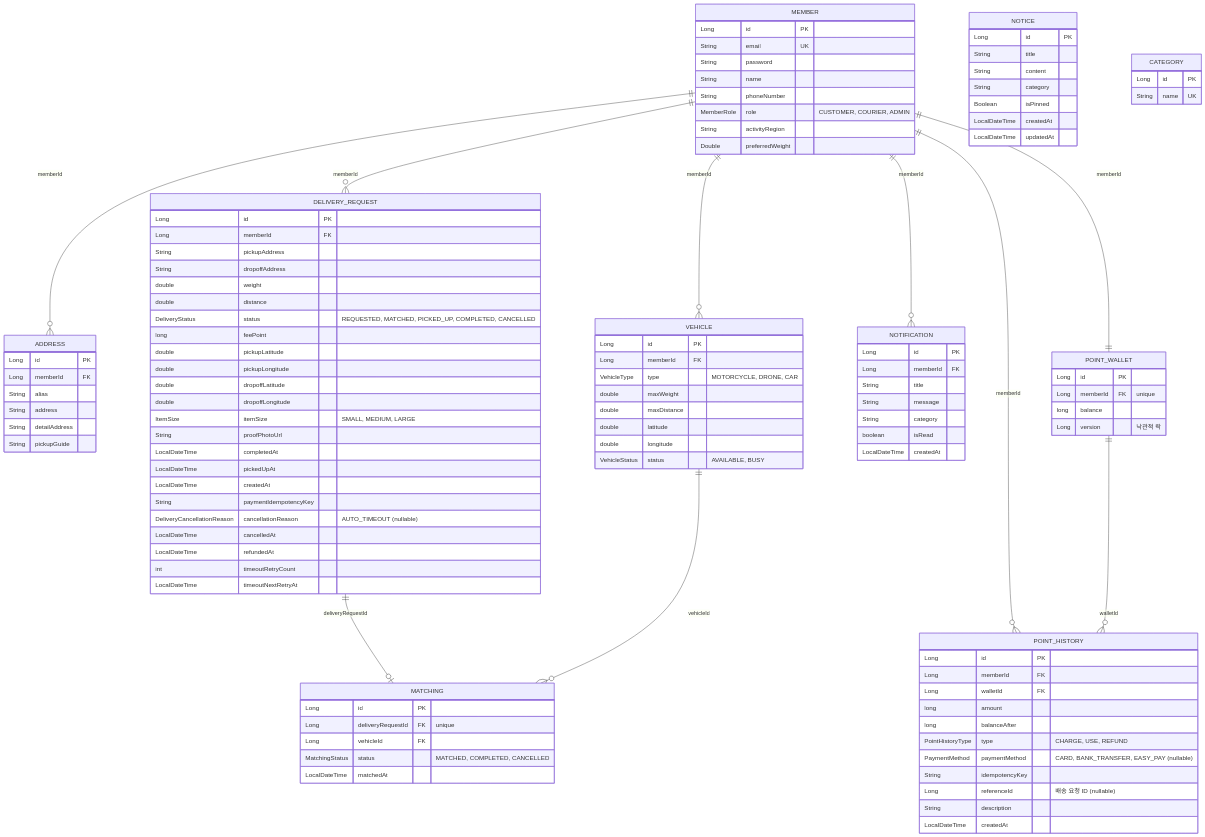
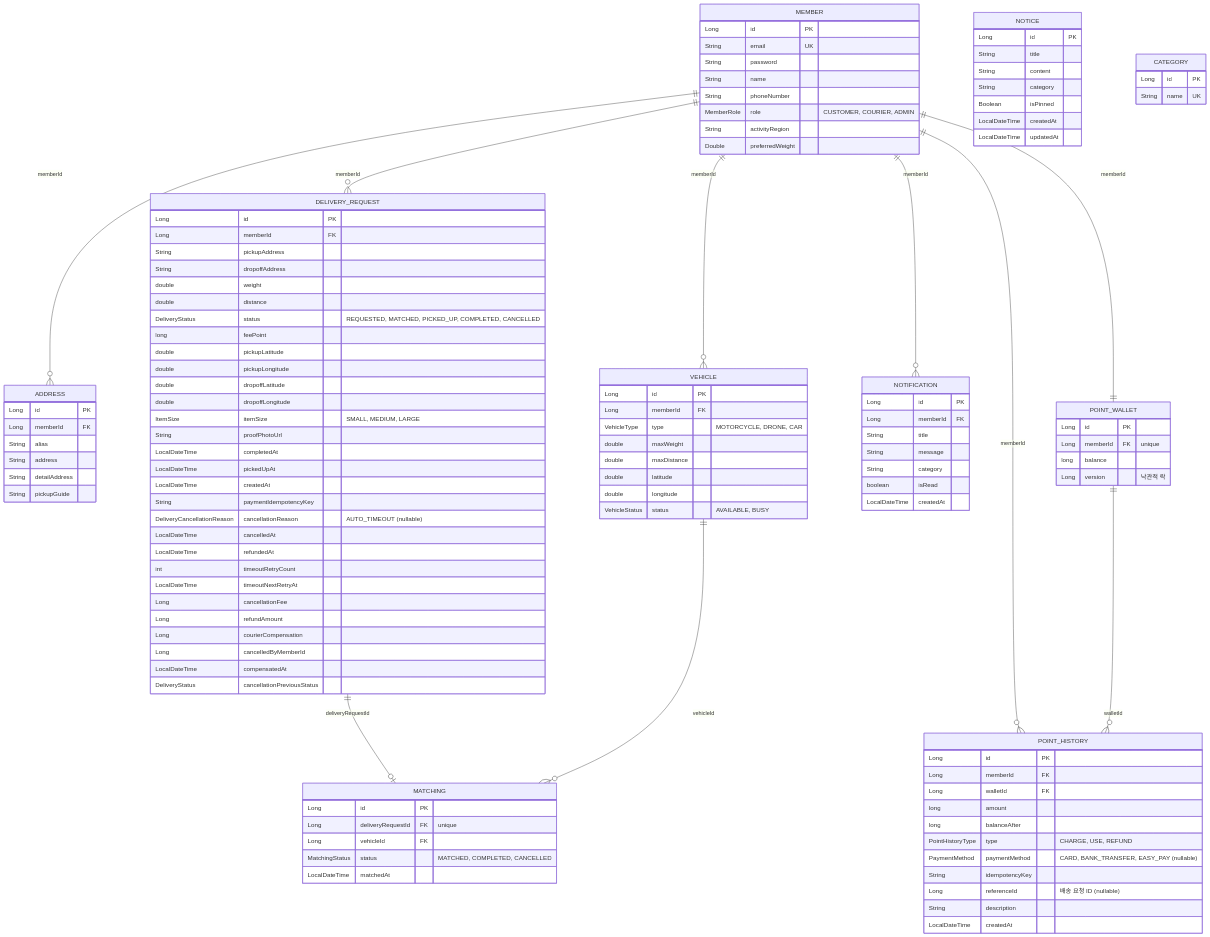
Before and after one commit to ShinhanDSProject/shinhan-delivery: the diagram in docs/architecture/ERD-데이터베이스-연관관계도.md, drawn with Mermaid. The commit also changed 27 other files, not shown here.

```diff
--- a/docs/architecture/ERD-데이터베이스-연관관계도.md
+++ b/docs/architecture/ERD-데이터베이스-연관관계도.md
@@ -97,6 +97,12 @@
         LocalDateTime refundedAt
         int timeoutRetryCount
         LocalDateTime timeoutNextRetryAt
+        Long cancellationFee
+        Long refundAmount
+        Long courierCompensation
+        Long cancelledByMemberId
+        LocalDateTime compensatedAt
+        DeliveryStatus cancellationPreviousStatus
     }
 
     MATCHING {
```
